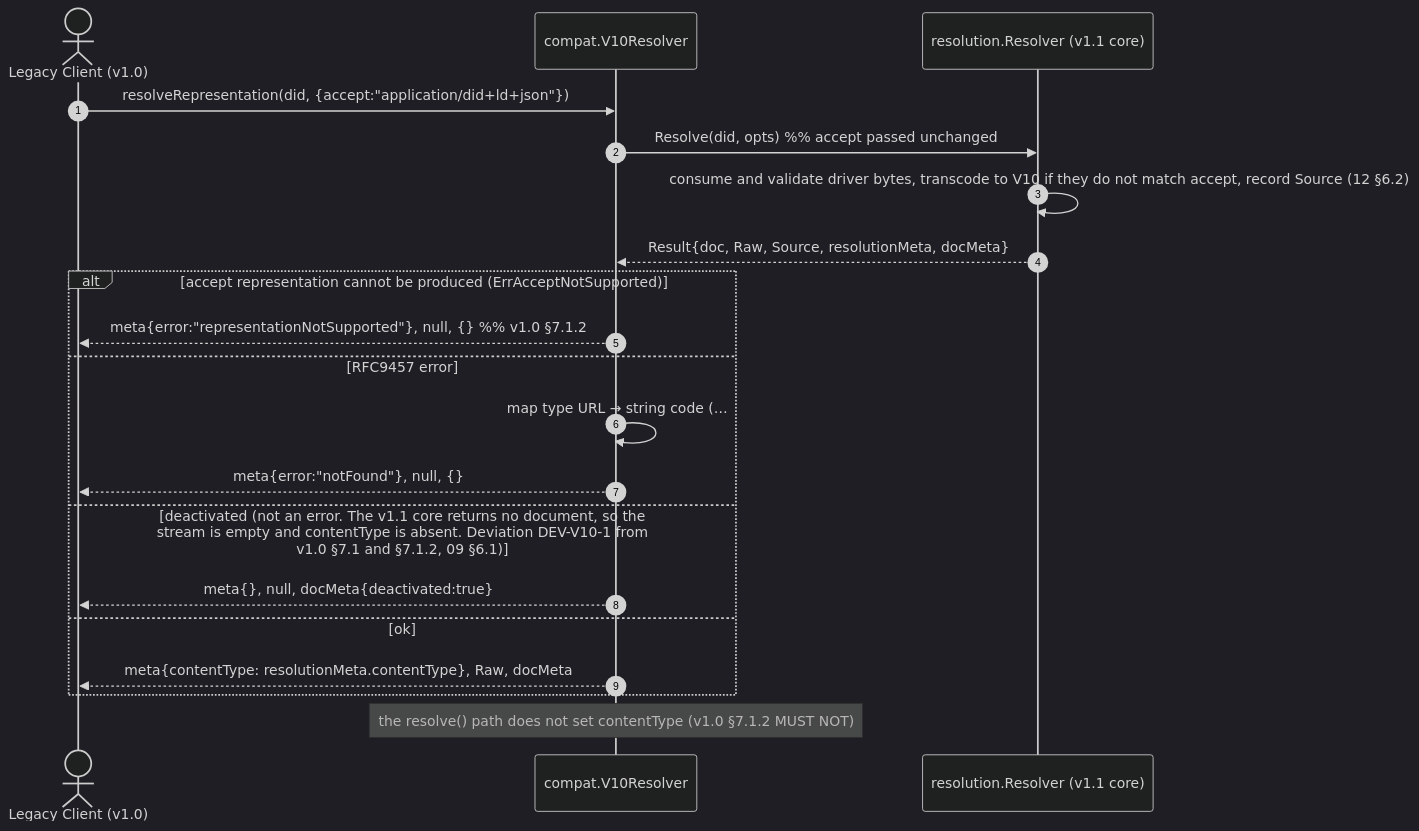
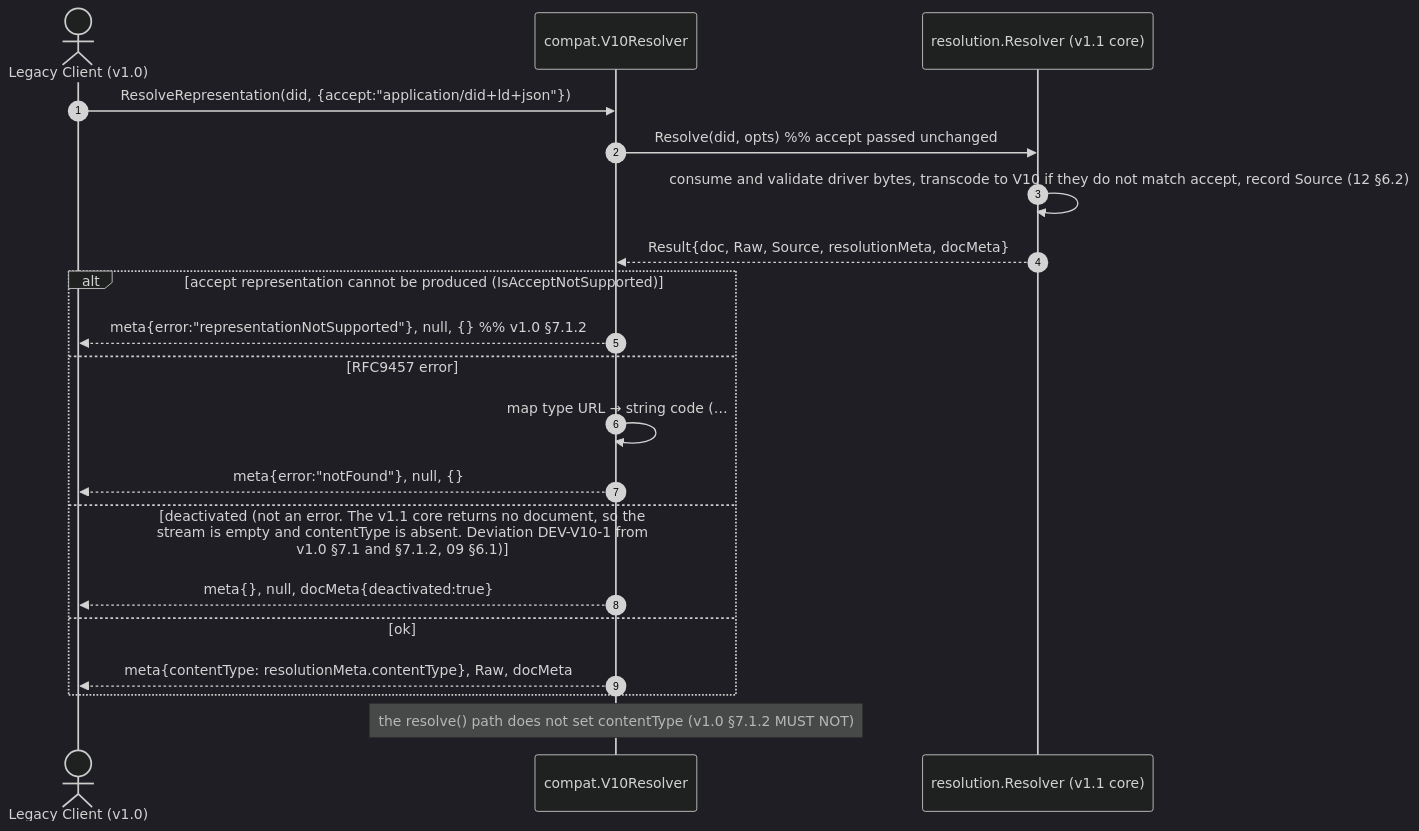
The tenth of 10 diagrams in docs/02-sequence-diagrams.md (SAGE-X-project/did-go), drawn with Mermaid (dark theme) before and after one commit. The commit also changed other lines of this file and 16 other files, not shown here.

````diff
--- a/docs/02-sequence-diagrams.md
+++ b/docs/02-sequence-diagrams.md
@@ -319,23 +320,23 @@
 ```mermaid
 sequenceDiagram
     autonumber
     actor L as Legacy Client (v1.0)
     participant C10 as compat.V10Resolver
     participant R as resolution.Resolver (v1.1 core)
 
-    L->>C10: resolveRepresentation(did, {accept:"application/did+ld+json"})
+    L->>C10: ResolveRepresentation(did, {accept:"application/did+ld+json"})
     C10->>R: Resolve(did, opts)  %% accept passed unchanged
     R->>R: consume and validate driver bytes, transcode to V10 if they do not match accept, record Source (12 §6.2)
     R-->>C10: Result{doc, Raw, Source, resolutionMeta, docMeta}
-    alt accept representation cannot be produced (ErrAcceptNotSupported)
+    alt accept representation cannot be produced (IsAcceptNotSupported)
         C10-->>L: meta{error:"representationNotSupported"}, null, {}  %% v1.0 §7.1.2
     else RFC9457 error
         C10->>C10: map type URL → string code (…#NOT_FOUND → "notFound", 09 §6.1)
         C10-->>L: meta{error:"notFound"}, null, {}
     else deactivated (not an error. The v1.1 core returns no document, so the stream is empty and contentType is absent. Deviation DEV-V10-1 from v1.0 §7.1 and §7.1.2, 09 §6.1)
         C10-->>L: meta{}, null, docMeta{deactivated:true}
     else ok
         C10-->>L: meta{contentType: resolutionMeta.contentType}, Raw, docMeta
     end
     Note over C10: the resolve() path does not set contentType (v1.0 §7.1.2 MUST NOT)
 ```
````
